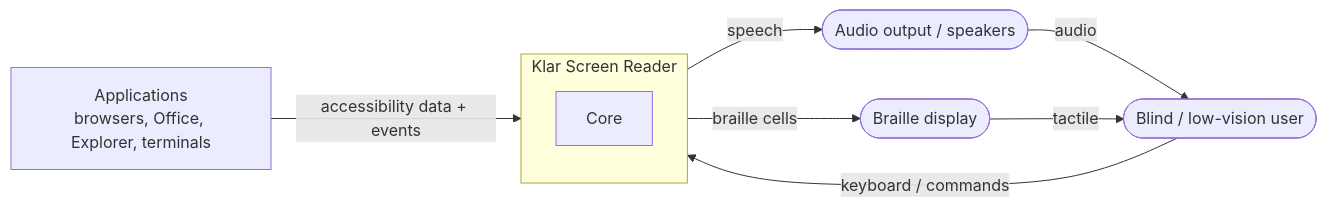
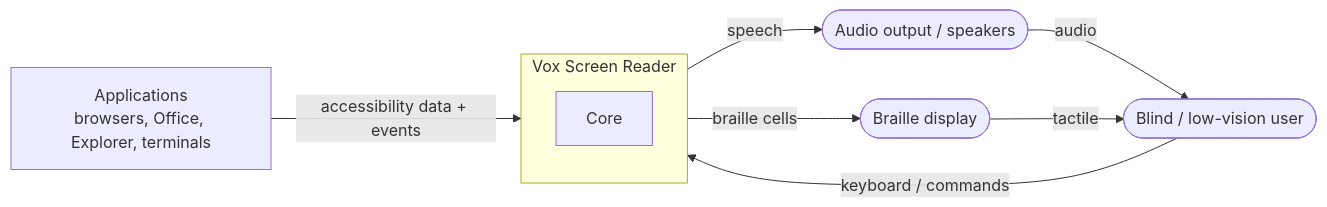
The first of 8 diagrams in doc/architecture/architecture.md (digitale-barrierefreiheit/vox), drawn with Mermaid before and after one commit. The commit also changed other lines of this file, not shown here.

First line of the commit message:
docs: rename Klar to Vox in architecture.md (#45)

````diff
--- a/doc/architecture/architecture.md
+++ b/doc/architecture/architecture.md
@@ -62,17 +62,17 @@
 ```mermaid
 graph LR
     User([Blind / low-vision user])
-    subgraph Klar[Klar Screen Reader]
+    subgraph Vox[Vox Screen Reader]
       Core
     end
     Apps[Applications<br/>browsers, Office, Explorer, terminals]
     Speakers([Audio output / speakers])
     Braille([Braille display])
 
-    User -- keyboard / commands --> Klar
-    Apps -- accessibility data + events --> Klar
-    Klar -- speech --> Speakers
-    Klar -- braille cells --> Braille
+    User -- keyboard / commands --> Vox
+    Apps -- accessibility data + events --> Vox
+    Vox -- speech --> Speakers
+    Vox -- braille cells --> Braille
     Speakers -- audio --> User
     Braille -- tactile --> User
 ```
````
